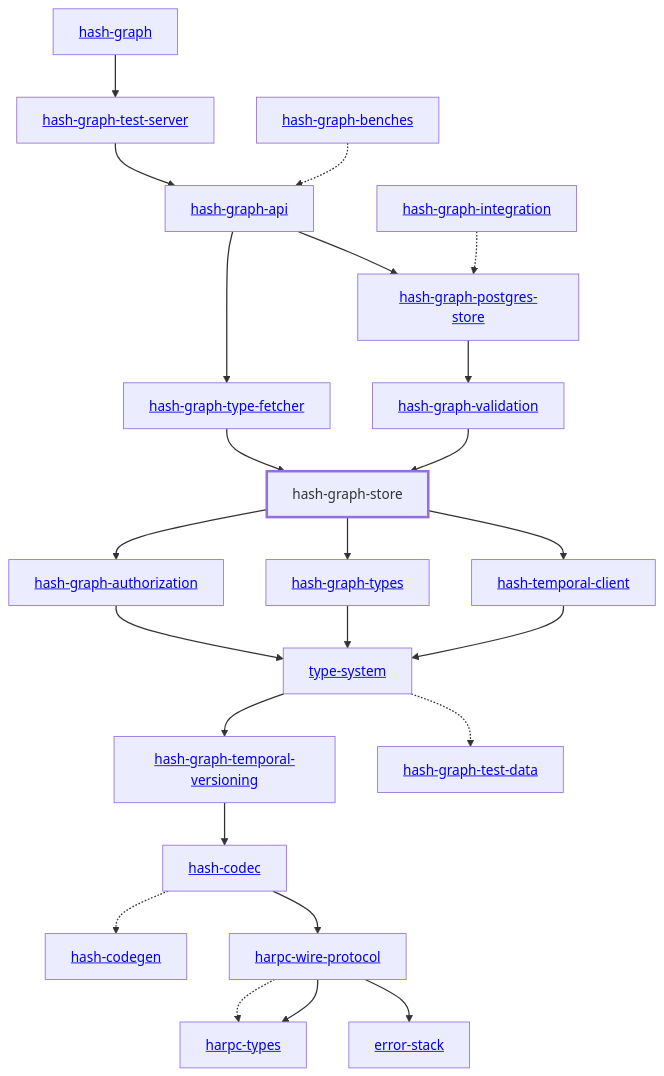
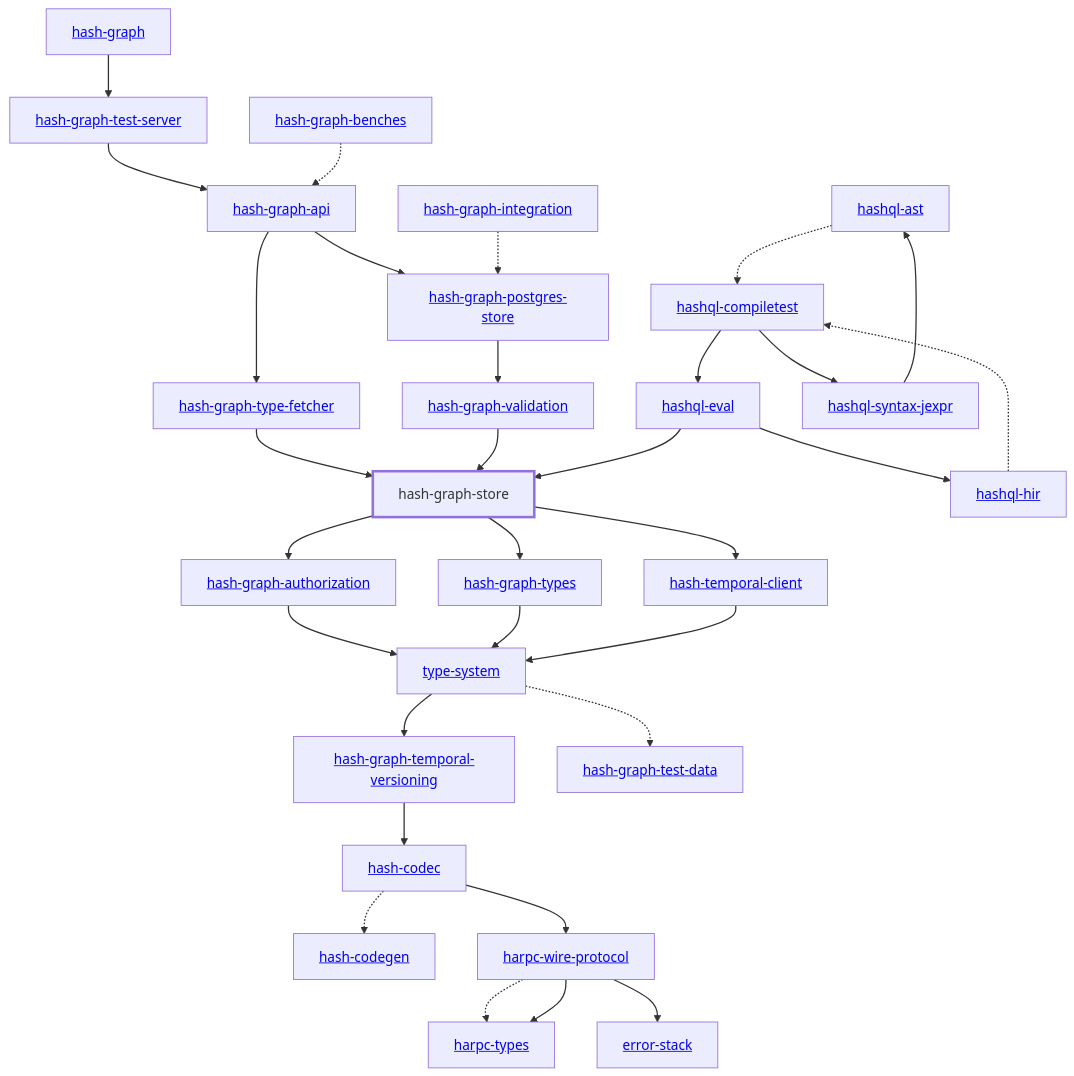
Before and after one commit to hashintel/hash: the diagram in libs/@local/graph/store/docs/dependency-diagram.mmd, drawn with Mermaid. The commit also changed 17 other files, not shown here.

Commit message:
chore: update dependency diagram

```diff
--- a/libs/@local/graph/store/docs/dependency-diagram.mmd
+++ b/libs/@local/graph/store/docs/dependency-diagram.mmd
@@ -1,54 +1,66 @@
 graph TD
     linkStyle default stroke-width:1.5px
     classDef default stroke-width:1px
     classDef root stroke-width:3px
     classDef dev stroke-width:1px
     classDef build stroke-width:1px
     %% Legend
     %% --> : Normal dependency
     %% -.-> : Dev dependency
     %% ---> : Build dependency
     0[<a href="../hash_graph">hash-graph</a>]
     1[<a href="../type_system">type-system</a>]
     2[<a href="../hash_codec">hash-codec</a>]
     3[<a href="../hash_codegen">hash-codegen</a>]
     4[<a href="../hash_graph_api">hash-graph-api</a>]
     5[<a href="../hash_graph_authorization">hash-graph-authorization</a>]
     6[<a href="../hash_graph_postgres_store">hash-graph-postgres-store</a>]
     7[hash-graph-store]
     class 7 root
     8[<a href="../hash_graph_temporal_versioning">hash-graph-temporal-versioning</a>]
     9[<a href="../hash_graph_test_server">hash-graph-test-server</a>]
     10[<a href="../hash_graph_type_fetcher">hash-graph-type-fetcher</a>]
     11[<a href="../hash_graph_types">hash-graph-types</a>]
     12[<a href="../hash_graph_validation">hash-graph-validation</a>]
     13[<a href="../harpc_types">harpc-types</a>]
     14[<a href="../harpc_wire_protocol">harpc-wire-protocol</a>]
-    15[<a href="../hash_temporal_client">hash-temporal-client</a>]
-    16[<a href="../error_stack">error-stack</a>]
-    17[<a href="../hash_graph_benches">hash-graph-benches</a>]
-    18[<a href="../hash_graph_integration">hash-graph-integration</a>]
-    19[<a href="../hash_graph_test_data">hash-graph-test-data</a>]
+    15[<a href="../hashql_ast">hashql-ast</a>]
+    16[<a href="../hashql_compiletest">hashql-compiletest</a>]
+    17[<a href="../hashql_eval">hashql-eval</a>]
+    18[<a href="../hashql_hir">hashql-hir</a>]
+    19[<a href="../hashql_syntax_jexpr">hashql-syntax-jexpr</a>]
+    20[<a href="../hash_temporal_client">hash-temporal-client</a>]
+    21[<a href="../error_stack">error-stack</a>]
+    22[<a href="../hash_graph_benches">hash-graph-benches</a>]
+    23[<a href="../hash_graph_integration">hash-graph-integration</a>]
+    24[<a href="../hash_graph_test_data">hash-graph-test-data</a>]
     0 --> 9
     1 --> 8
-    1 -.-> 19
+    1 -.-> 24
     2 -.-> 3
     2 --> 14
     4 --> 6
     4 --> 10
     5 --> 1
     6 --> 12
     7 --> 5
     7 --> 11
-    7 --> 15
+    7 --> 20
     8 --> 2
     9 --> 4
     10 --> 7
     11 --> 1
     12 --> 7
     14 -.-> 13
     14 --> 13
-    14 --> 16
-    15 --> 1
-    17 -.-> 4
-    18 -.-> 6
+    14 --> 21
+    15 -.-> 16
+    16 --> 17
+    16 --> 19
+    17 --> 7
+    17 --> 18
+    18 -.-> 16
+    19 --> 15
+    20 --> 1
+    22 -.-> 4
+    23 -.-> 6
```
